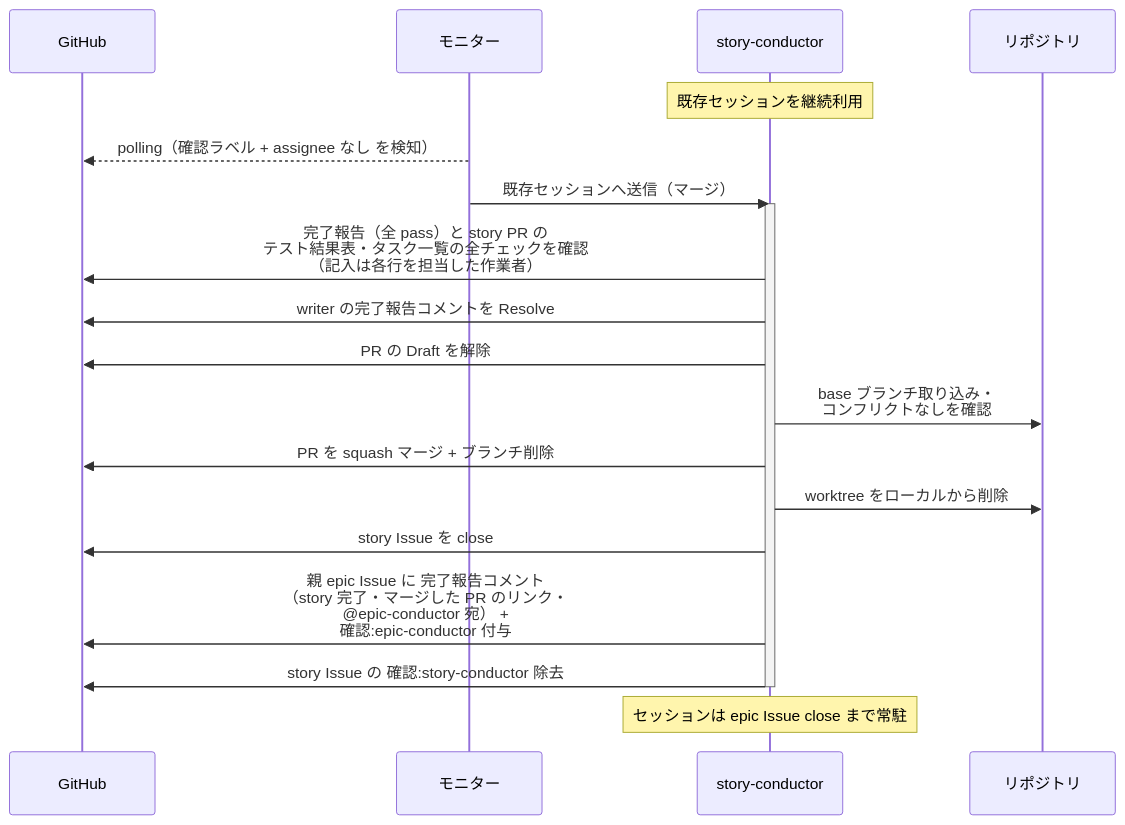
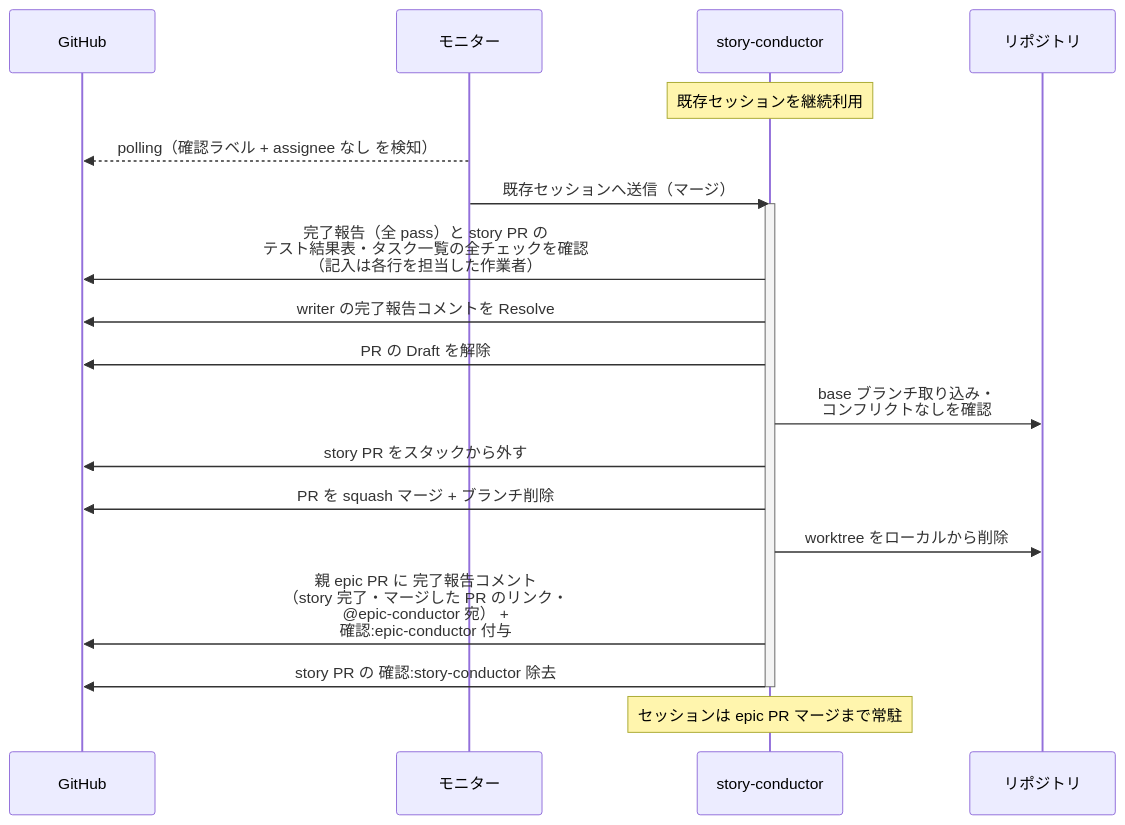
One commit to shuhei1101/ai-monitor changed the third of 7 diagrams in docs/wiki/設計図/シナリオ/単一ユースケース/マージ.md. Above: the diagram before and after it, drawn with Mermaid. The commit also changed other lines of this file and 256 other files, not shown here.

````diff
--- a/docs/wiki/設計図/シナリオ/単一ユースケース/マージ.md
+++ b/docs/wiki/設計図/シナリオ/単一ユースケース/マージ.md
@@ -73,23 +120,23 @@
 ```mermaid
 sequenceDiagram
   participant GH as GitHub
   participant ORC as モニター
   participant MON as story-conductor
   participant REPO as リポジトリ
 
   Note over MON: 既存セッションを継続利用
   ORC-->>GH: polling（確認ラベル + assignee なし を検知）
   ORC->>MON: 既存セッションへ送信（マージ）
   activate MON
   MON->>GH: 完了報告（全 pass）と story PR の<br>テスト結果表・タスク一覧の全チェックを確認<br>（記入は各行を担当した作業者）
   MON->>GH: writer の完了報告コメントを Resolve
   MON->>GH: PR の Draft を解除
   MON->>REPO: base ブランチ取り込み・<br>コンフリクトなしを確認
+  MON->>GH: story PR をスタックから外す
   MON->>GH: PR を squash マージ + ブランチ削除
   MON->>REPO: worktree をローカルから削除
-  MON->>GH: story Issue を close
-  MON->>GH: 親 epic Issue に 完了報告コメント<br>（story 完了・マージした PR のリンク・<br>@epic-conductor 宛） +<br>確認:epic-conductor 付与
-  MON->>GH: story Issue の 確認:story-conductor 除去
+  MON->>GH: 親 epic PR に 完了報告コメント<br>（story 完了・マージした PR のリンク・<br>@epic-conductor 宛） +<br>確認:epic-conductor 付与
+  MON->>GH: story PR の 確認:story-conductor 除去
   deactivate MON
-  Note over MON: セッションは epic Issue close まで常駐
+  Note over MON: セッションは epic PR マージまで常駐
 ```
````
